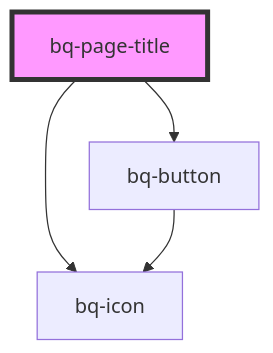
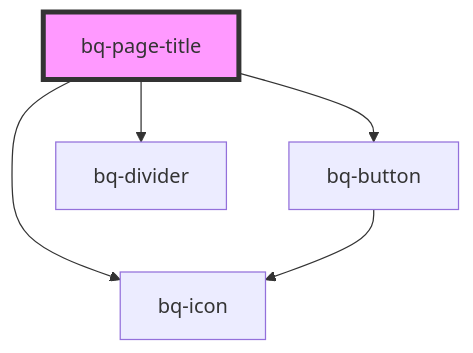
One commit to Endava/BEEQ changed the diagram in packages/beeq/src/components/page-title/readme.md. Above: the diagram before and after it, drawn with Mermaid. The commit also changed other lines of this file and 3 other files, not shown here.

Commit message:
feat(Page Title): refactor divider slot logic

````diff
--- a/packages/beeq/src/components/page-title/readme.md
+++ b/packages/beeq/src/components/page-title/readme.md
@@ -48,7 +49,8 @@
 ```mermaid
 graph TD;
   bq-page-title --> bq-button
   bq-page-title --> bq-icon
+  bq-page-title --> bq-divider
   bq-button --> bq-icon
   style bq-page-title fill:#f9f,stroke:#333,stroke-width:4px
 ```
````
